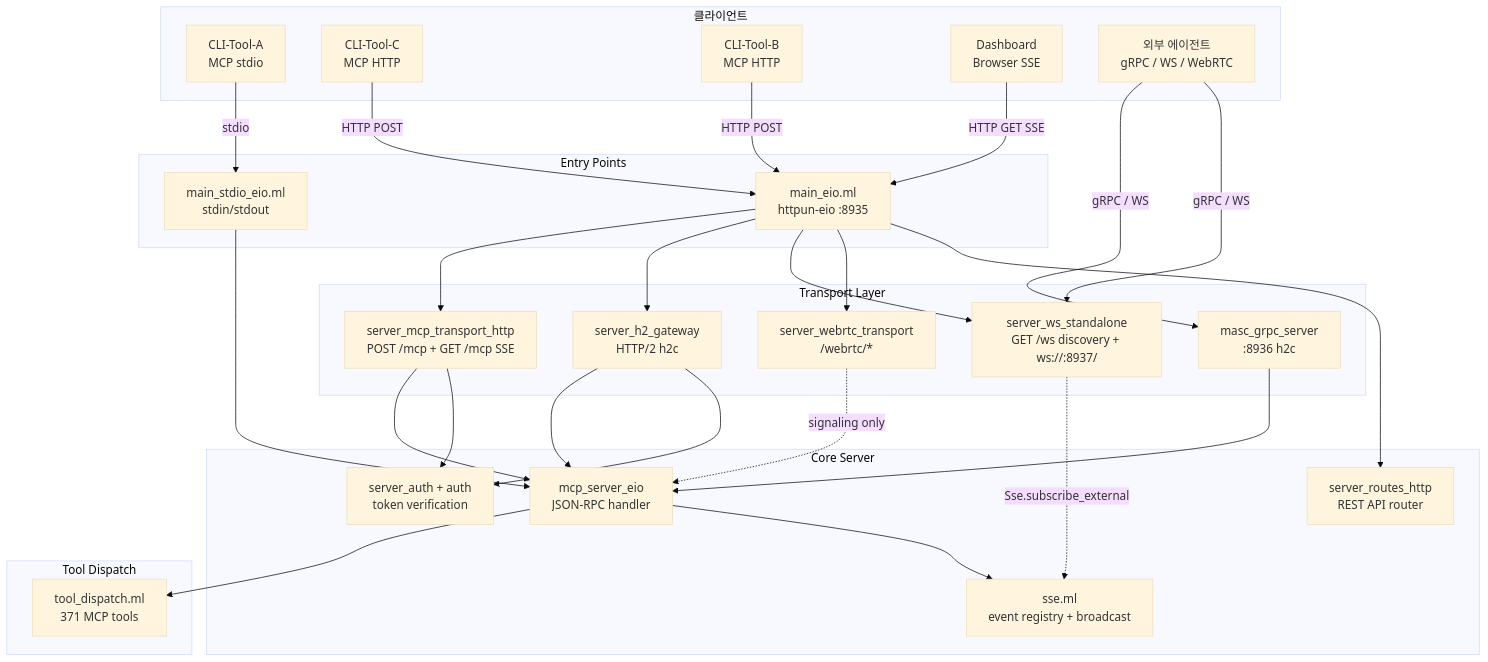
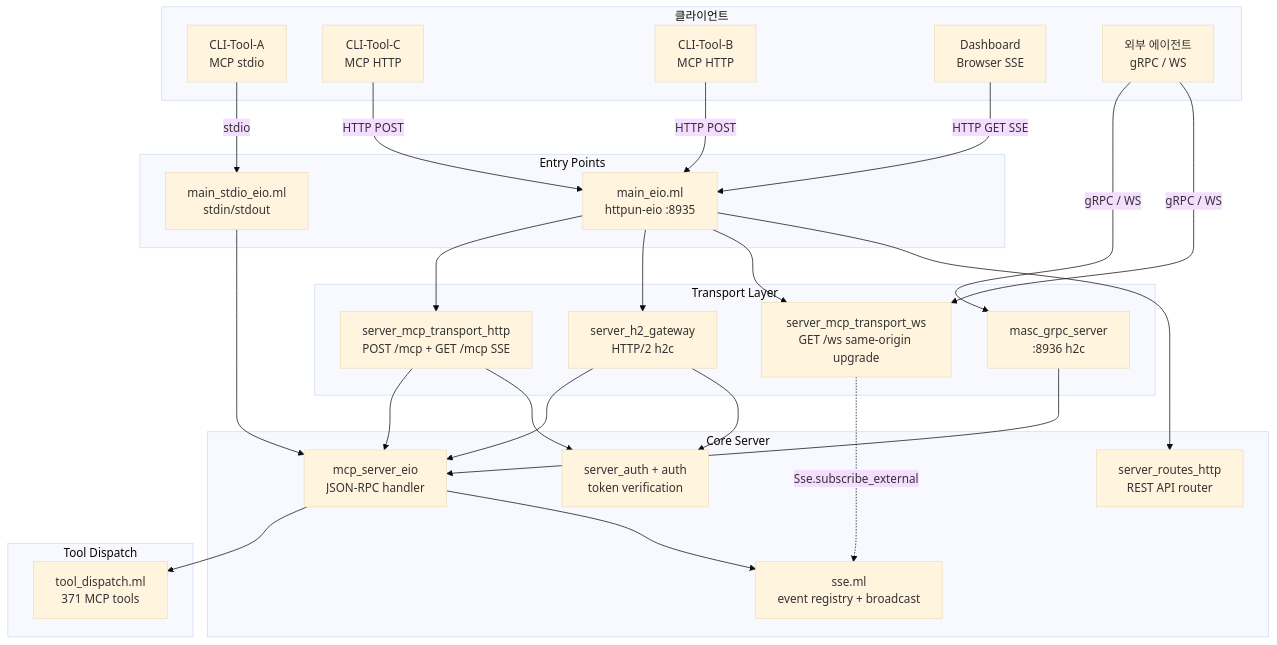
One commit to jeong-sik/masc changed the first of 3 diagrams in docs/spec/09-server-transport.md. Above: the diagram before and after it, drawn with Mermaid (base theme). The commit also changed other lines of this file and 87 other files, not shown here.

First line of the commit message:
refactor(transport): standalone WebSocket 리스너(:8937) 제거 (#28771)

````diff
--- a/docs/spec/09-server-transport.md
+++ b/docs/spec/09-server-transport.md
@@ -44,53 +44,51 @@
 ```mermaid
 graph TB
     subgraph Clients["클라이언트"]
         CC[CLI-Tool-A<br/>MCP stdio]
         GC[CLI-Tool-C<br/>MCP HTTP]
         CX[CLI-Tool-B<br/>MCP HTTP]
         DB[Dashboard<br/>Browser SSE]
-        EXT[외부 에이전트<br/>gRPC / WS / WebRTC]
+        EXT[외부 에이전트<br/>gRPC / WS]
     end
 
     subgraph EntryPoints["Entry Points"]
         STDIO[main_stdio_eio.ml<br/>stdin/stdout]
         HTTP[main_eio.ml<br/>httpun-eio :8935]
     end
 
     subgraph TransportLayer["Transport Layer"]
         MCP_HTTP[server_mcp_transport_http<br/>POST /mcp + GET /mcp SSE]
         H2_GW[server_h2_gateway<br/>HTTP/2 h2c]
-        WS_T[server_ws_standalone<br/>GET /ws discovery + ws://:8937/]
+        WS_T[server_mcp_transport_ws<br/>GET /ws same-origin upgrade]
         GRPC_S[masc_grpc_server<br/>:8936 h2c]
-        WEBRTC[server_webrtc_transport<br/>/webrtc/*]
     end
 
     subgraph CoreServer["Core Server"]
         MCP_EIO[mcp_server_eio<br/>JSON-RPC handler]
         SSE_MOD[sse.ml<br/>event registry + broadcast]
         AUTH[server_auth + auth<br/>token verification]
         ROUTES[server_routes_http<br/>REST API router]
     end
 
     subgraph Dispatch["Tool Dispatch"]
         TD[tool_dispatch.ml<br/>371 MCP tools]
     end
 
     CC -->|stdio| STDIO
     GC -->|HTTP POST| HTTP
     CX -->|HTTP POST| HTTP
     DB -->|HTTP GET SSE| HTTP
     EXT -->|gRPC / WS| GRPC_S & WS_T
 
     STDIO --> MCP_EIO
-    HTTP --> MCP_HTTP & H2_GW & WS_T & WEBRTC & ROUTES
+    HTTP --> MCP_HTTP & H2_GW & WS_T & ROUTES
     MCP_HTTP --> MCP_EIO
     H2_GW --> MCP_EIO
     WS_T -.->|Sse.subscribe_external| SSE_MOD
     GRPC_S --> MCP_EIO
-    WEBRTC -.->|signaling only| MCP_EIO
 
     MCP_EIO --> TD
     MCP_EIO --> SSE_MOD
     MCP_HTTP --> AUTH
     H2_GW --> AUTH
 ```
````
